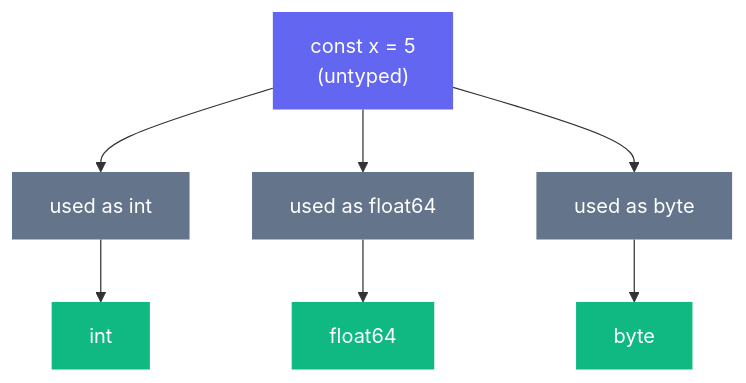
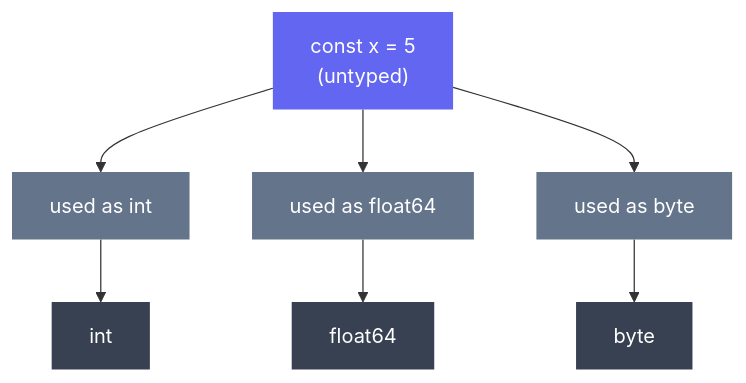
Before and after one commit to ashwingopalsamy/site: the first of 2 diagrams in content/writing/go-constants-beyond-basics.md, drawn with Mermaid. The commit also changed other lines of this file and 26 other files, not shown here.

```diff
--- a/content/writing/go-constants-beyond-basics.md
+++ b/content/writing/go-constants-beyond-basics.md
@@ -24,17 +24,17 @@
 {{< mermaid >}}
 graph TD
     A["const x = 5\n(untyped)"] --> B["used as int"]
     A --> C["used as float64"]
     A --> D["used as byte"]
     B --> E["int"]
     C --> F["float64"]
     D --> G["byte"]
 
     style A fill:#6366f1,color:#fff,stroke:none
     style B fill:#64748b,color:#fff,stroke:none
     style C fill:#64748b,color:#fff,stroke:none
     style D fill:#64748b,color:#fff,stroke:none
-    style E fill:#10b981,color:#fff,stroke:none
-    style F fill:#10b981,color:#fff,stroke:none
-    style G fill:#10b981,color:#fff,stroke:none
+    style E fill:#374151,color:#fff,stroke:none
+    style F fill:#374151,color:#fff,stroke:none
+    style G fill:#374151,color:#fff,stroke:none
 {{< /mermaid >}}
```
